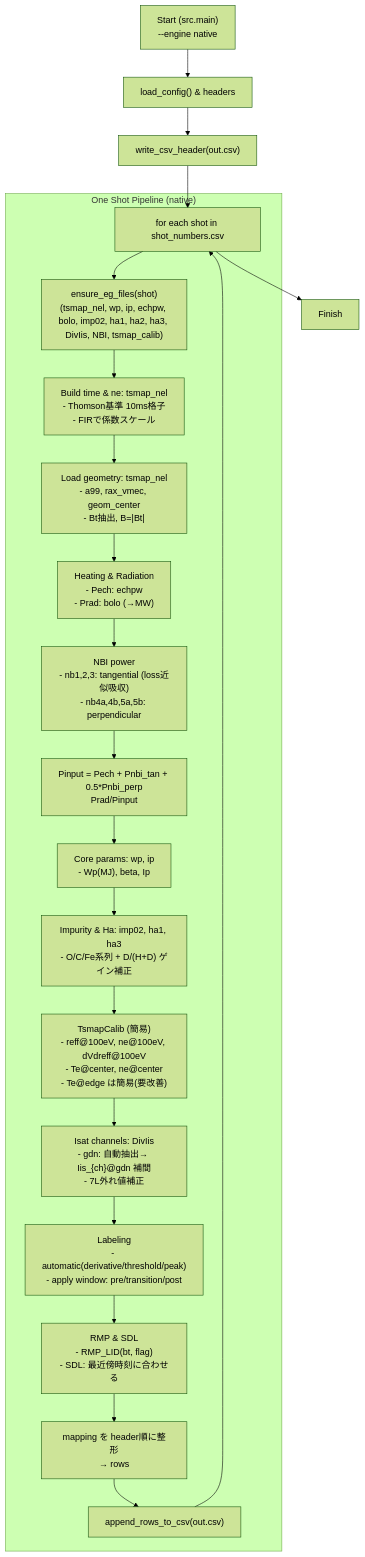
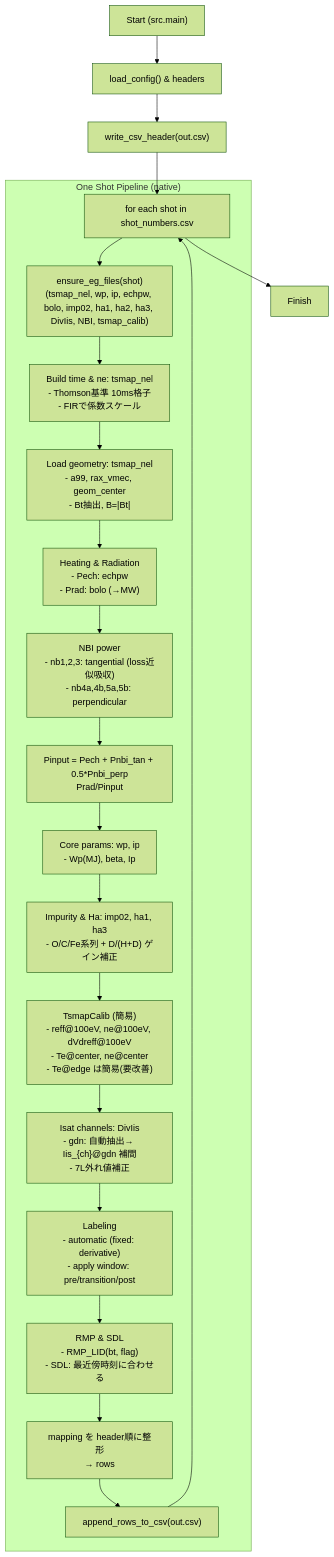
The diagram in docs/native_pipeline_JP.md (YMWjp/fusion-plasma-ml-toolkit), drawn with Mermaid (forest theme) before and after one commit. The commit also changed other lines of this file and 15 other files, not shown here.

````diff
--- a/docs/native_pipeline_JP.md
+++ b/docs/native_pipeline_JP.md
@@ -7,26 +7,26 @@
 ```mermaid
 graph TD
-  A["Start (src.main)\n--engine native"] --> B["load_config() & headers"]
+  A["Start (src.main)"] --> B["load_config() & headers"]
   B --> C["write_csv_header(out.csv)"]
   C --> D["for each shot in shot_numbers.csv"]
 
   subgraph E["One Shot Pipeline (native)"]
     D --> E1["ensure_eg_files(shot)\n(tsmap_nel, wp, ip, echpw, bolo, imp02, ha1, ha2, ha3, DivIis, NBI, tsmap_calib)"]
     E1 --> E2["Build time & ne: tsmap_nel\n- Thomson基準 10ms格子\n- FIRで係数スケール"]
     E2 --> E3["Load geometry: tsmap_nel\n- a99, rax_vmec, geom_center\n- Bt抽出, B=|Bt|"]
     E3 --> E4["Heating & Radiation\n- Pech: echpw\n- Prad: bolo (→MW)"]
     E4 --> E5["NBI power\n- nb1,2,3: tangential (loss近似吸収)\n- nb4a,4b,5a,5b: perpendicular"]
     E5 --> E6["Pinput = Pech + Pnbi_tan + 0.5*Pnbi_perp\nPrad/Pinput"]
     E6 --> E7["Core params: wp, ip\n- Wp(MJ), beta, Ip"]
     E7 --> E8["Impurity & Ha: imp02, ha1, ha3\n- O/C/Fe系列 + D/(H+D) ゲイン補正"]
     E8 --> E9["TsmapCalib (簡易)\n- reff@100eV, ne@100eV, dVdreff@100eV\n- Te@center, ne@center\n- Te@edge は簡易(要改善)"]
     E9 --> E10["Isat channels: DivIis\n- gdn: 自動抽出→ Iis_{ch}@gdn 補間\n- 7L外れ値補正"]
-    E10 --> E11["Labeling\n- automatic(derivative/threshold/peak)\n- apply window: pre/transition/post"]
+    E10 --> E11["Labeling\n- automatic (fixed: derivative)\n- apply window: pre/transition/post"]
     E11 --> E12["RMP & SDL\n- RMP_LID(bt, flag)\n- SDL: 最近傍時刻に合わせる"]
     E12 --> E13["mapping を header順に整形\n→ rows"]
     E13 --> E14["append_rows_to_csv(out.csv)"]
   end
 
   E14 --> D
   D --> Z["Finish"]
 ```
````
